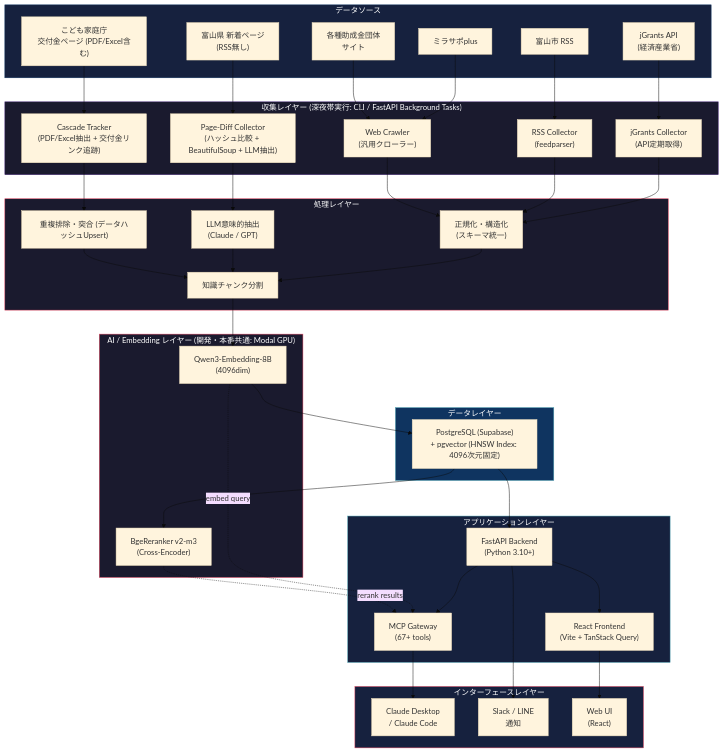
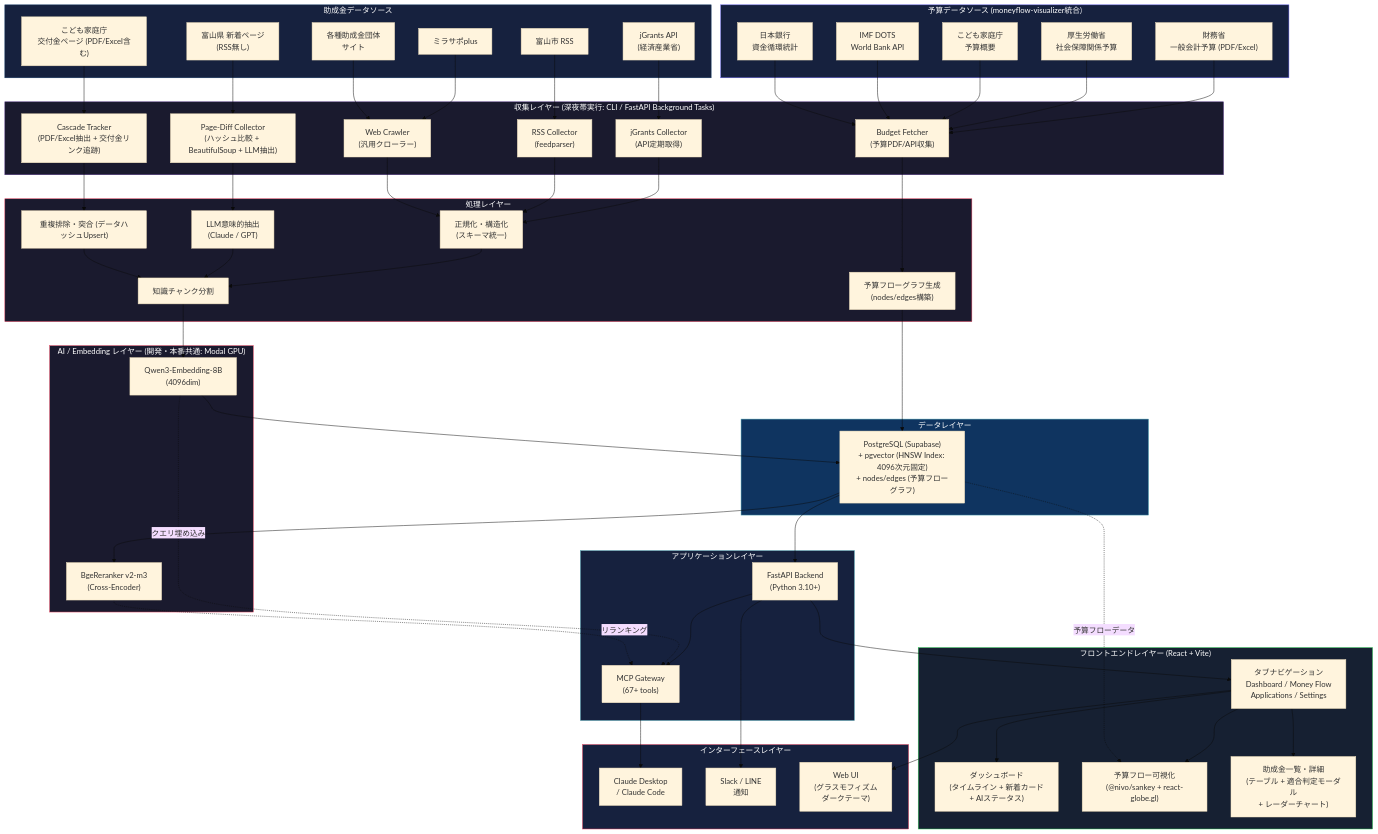
The first of 3 diagrams in docs/architecture.md (t012093/auto-grants-integrated), drawn with Mermaid (base theme) before and after one commit. The commit also changed other lines of this file and 5 other files, not shown here.

Commit message:
docs: integrate moneyflow-visualizer specs and add index.css

````diff
--- a/docs/architecture.md
+++ b/docs/architecture.md
@@ -11,6 +11,6 @@
 ```mermaid
 graph TD
-    subgraph DataSources["データソース"]
+    subgraph GrantSources["助成金データソース"]
         DS1["jGrants API<br/>(経済産業省)"]
         DS2["富山市 RSS"]
         DS3["富山県 新着ページ<br/>(RSS無し)"]
@@ -19,12 +19,21 @@
         DS6["各種助成金団体<br/>サイト"]
     end
 
+    subgraph BudgetSources["予算データソース (moneyflow-visualizer統合)"]
+        BS1["財務省<br/>一般会計予算 (PDF/Excel)"]
+        BS2["厚生労働省<br/>社会保障関係予算"]
+        BS3["こども家庭庁<br/>予算概要"]
+        BS4["IMF DOTS<br/>World Bank API"]
+        BS5["日本銀行<br/>資金循環統計"]
+    end
+
     subgraph Collectors["収集レイヤー (深夜帯実行: CLI / FastAPI Background Tasks)"]
         CL1["jGrants Collector<br/>(API定期取得)"]
         CL2["RSS Collector<br/>(feedparser)"]
         CL3["Page-Diff Collector<br/>(ハッシュ比較 + BeautifulSoup + LLM抽出)"]
         CL4["Cascade Tracker<br/>(PDF/Excel抽出 + 交付金リンク追跡)"]
         CL5["Web Crawler<br/>(汎用クローラー)"]
+        CL6["Budget Fetcher<br/>(予算PDF/API収集)"]
     end
 
     subgraph Processing["処理レイヤー"]
@@ -32,6 +41,7 @@
         PR2["LLM意味的抽出<br/>(Claude / GPT)"]
         PR3["重複排除・突合 (データハッシュUpsert)"]
         PR4["知識チャンク分割"]
+        PR5["予算フローグラフ生成<br/>(nodes/edges構築)"]
     end
 
     subgraph ModalAI["AI / Embedding レイヤー (開発・本番共通: Modal GPU)"]
@@ -40,19 +50,25 @@
     end
 
     subgraph DataLayer["データレイヤー"]
-        DB["PostgreSQL (Supabase)<br/>+ pgvector (HNSW Index: 4096次元固定)"]
+        DB["PostgreSQL (Supabase)<br/>+ pgvector (HNSW Index: 4096次元固定)<br/>+ nodes/edges (予算フローグラフ)"]
     end
 
     subgraph AppLayer["アプリケーションレイヤー"]
         API["FastAPI Backend<br/>(Python 3.10+)"]
         MCP["MCP Gateway<br/>(67+ tools)"]
-        FE["React Frontend<br/>(Vite + TanStack Query)"]
+    end
+
+    subgraph FrontendLayer["フロントエンドレイヤー (React + Vite)"]
+        FE_NAV["タブナビゲーション<br/>Dashboard / Money Flow<br/>Applications / Settings"]
+        FE_DASH["ダッシュボード<br/>(タイムライン + 新着カード<br/>+ AIステータス)"]
+        FE_FLOW["予算フロー可視化<br/>(@nivo/sankey + react-globe.gl)"]
+        FE_APP["助成金一覧・詳細<br/>(テーブル + 適合判定モーダル<br/>+ レーダーチャート)"]
     end
 
     subgraph Interface["インターフェースレイヤー"]
         IF1["Claude Desktop<br/>/ Claude Code"]
         IF2["Slack / LINE<br/>通知"]
-        IF3["Web UI<br/>(React)"]
+        IF3["Web UI<br/>(グラスモフィズム<br/>ダークテーマ)"]
     end
 
     DS1 --> CL1
@@ -62,15 +78,23 @@
     DS5 --> CL5
     DS6 --> CL5
 
+    BS1 --> CL6
+    BS2 --> CL6
+    BS3 --> CL6
+    BS4 --> CL6
+    BS5 --> CL6
+
     CL1 --> PR1
     CL2 --> PR1
     CL3 --> PR2
     CL4 --> PR3
     CL5 --> PR1
+    CL6 --> PR5
 
     PR1 --> PR4
     PR2 --> PR4
     PR3 --> PR4
+    PR5 --> DB
 
     PR4 --> AI1
     AI1 --> DB
@@ -78,20 +102,27 @@
 
     DB --> API
     API --> MCP
-    API --> FE
+    API --> FE_NAV
+
+    FE_NAV --> FE_DASH
+    FE_NAV --> FE_FLOW
+    FE_NAV --> FE_APP
 
     MCP --> IF1
     API --> IF2
-    FE --> IF3
+    FE_NAV --> IF3
 
-    AI1 -.->|"embed query"| MCP
-    AI2 -.->|"rerank results"| MCP
+    AI1 -.->|"クエリ埋め込み"| MCP
+    AI2 -.->|"リランキング"| MCP
+    DB -.->|"予算フローデータ"| FE_FLOW
 
     style ModalAI fill:#1a1a2e,stroke:#e94560,color:#fff
-    style DataSources fill:#16213e,stroke:#0f3460,color:#fff
+    style GrantSources fill:#16213e,stroke:#0f3460,color:#fff
+    style BudgetSources fill:#16213e,stroke:#5e5ce6,color:#fff
     style Collectors fill:#1a1a2e,stroke:#533483,color:#fff
     style Processing fill:#1a1a2e,stroke:#e94560,color:#fff
     style DataLayer fill:#0f3460,stroke:#53a8b6,color:#fff
     style AppLayer fill:#16213e,stroke:#53a8b6,color:#fff
+    style FrontendLayer fill:#162032,stroke:#30d158,color:#fff
     style Interface fill:#16213e,stroke:#e94560,color:#fff
 ```
````
